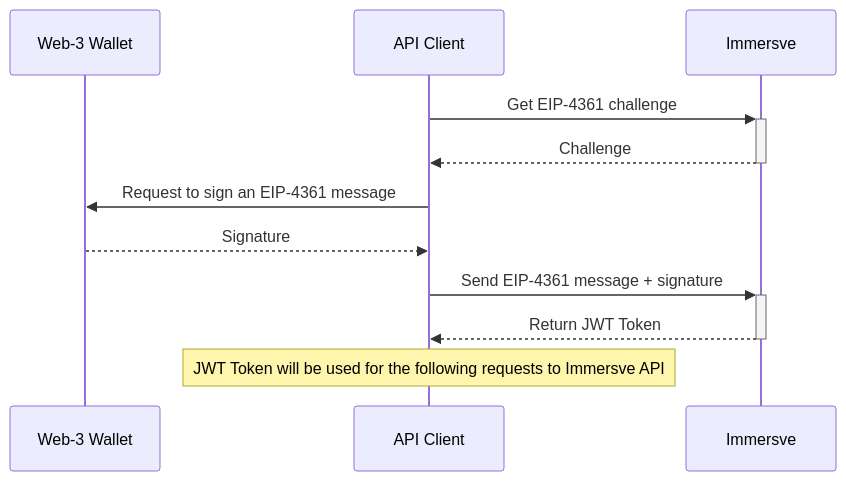
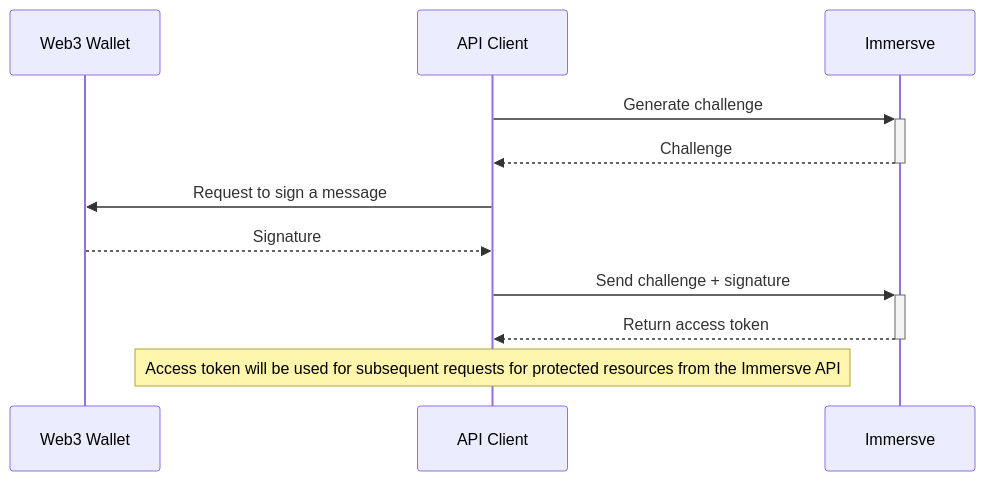
The diagram in docs/guides/authentication.md (immersve/immersve-docs), drawn with Mermaid before and after one commit. The commit also changed other lines of this file and 36 other files, not shown here.

````diff
--- a/docs/guides/authentication.md
+++ b/docs/guides/authentication.md
@@ -16,13 +18,13 @@
 ```mermaid
 sequenceDiagram
-    participant M as Web-3 Wallet
+    participant W as Web3 Wallet
     participant C as API Client
     participant I as Immersve
-    C->>+I: Get EIP-4361 challenge
+    C->>+I: Generate challenge
     I-->>-C: Challenge
-    C->>M: Request to sign an EIP-4361 message
-    M-->>C: Signature
-    C->>+I: Send EIP-4361 message + signature
-    I-->>-C: Return JWT Token
-	  note over C: JWT Token will be used for the following requests to Immersve API
+    C->>W: Request to sign a message
+    W-->>C: Signature
+    C->>+I: Send challenge + signature
+    I-->>-C: Return access token
+	  note over C: Access token will be used for subsequent requests for protected resources from the Immersve API
 ```
````
